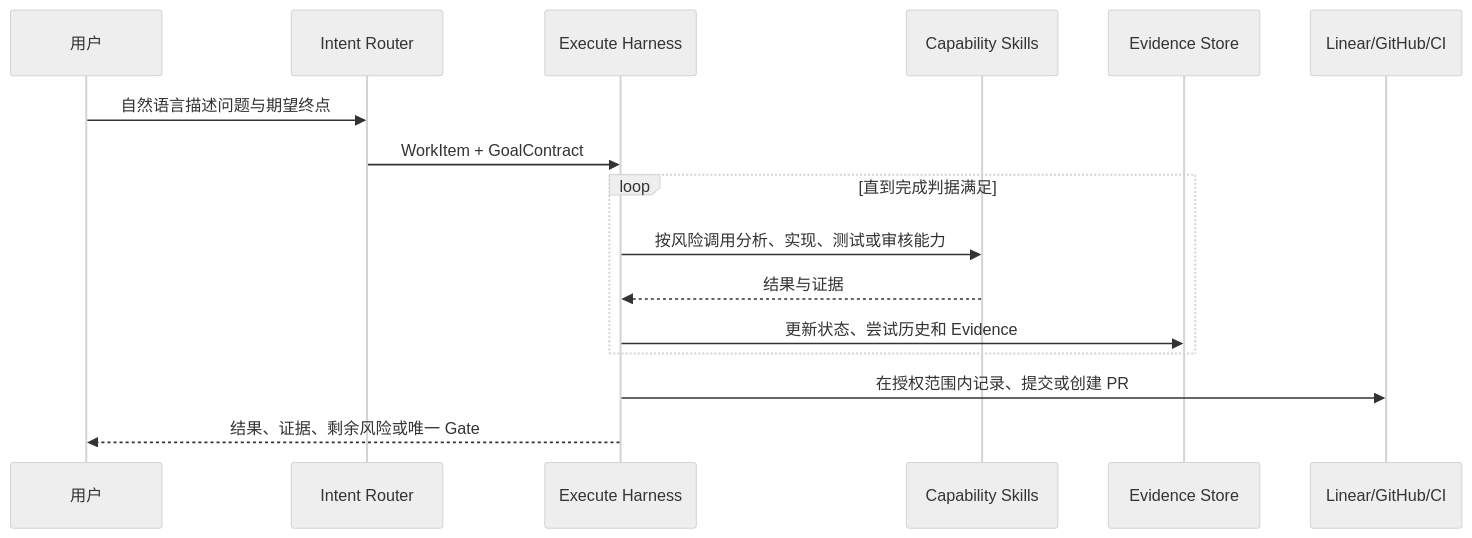
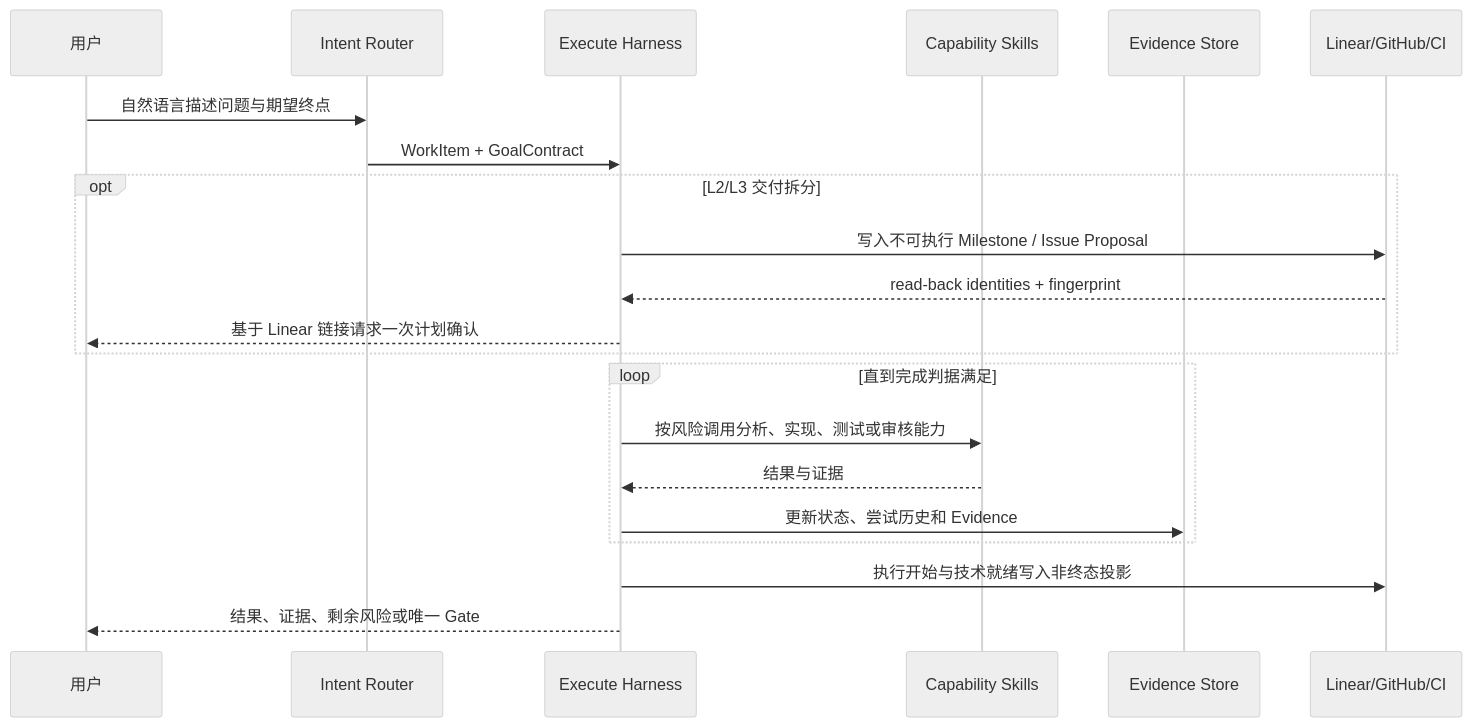
One commit to JsonLee12138/vibeRig changed the fifth of 8 diagrams in docs/design/skill-workflow-optimization.zh-CN.md. Above: the diagram before and after it, drawn with Mermaid (neutral theme). The commit also changed other lines of this file and 41 other files, not shown here.

````diff
--- a/docs/design/skill-workflow-optimization.zh-CN.md
+++ b/docs/design/skill-workflow-optimization.zh-CN.md
@@ -1048,19 +1053,24 @@
 ```mermaid
 sequenceDiagram
     participant U as 用户
     participant R as Intent Router
     participant H as Execute Harness
     participant C as Capability Skills
     participant E as Evidence Store
     participant X as Linear/GitHub/CI
 
     U->>R: 自然语言描述问题与期望终点
     R->>H: WorkItem + GoalContract
+    opt L2/L3 交付拆分
+        H->>X: 写入不可执行 Milestone / Issue Proposal
+        X-->>H: read-back identities + fingerprint
+        H-->>U: 基于 Linear 链接请求一次计划确认
+    end
     loop 直到完成判据满足
         H->>C: 按风险调用分析、实现、测试或审核能力
         C-->>H: 结果与证据
         H->>E: 更新状态、尝试历史和 Evidence
     end
-    H->>X: 在授权范围内记录、提交或创建 PR
+    H->>X: 执行开始与技术就绪写入非终态投影
     H-->>U: 结果、证据、剩余风险或唯一 Gate
 ```
````
